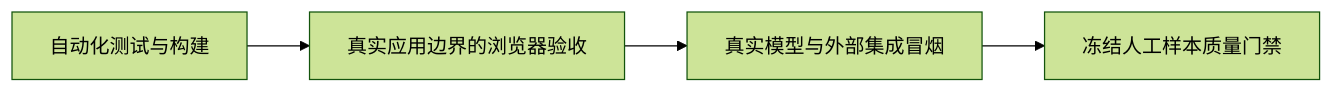
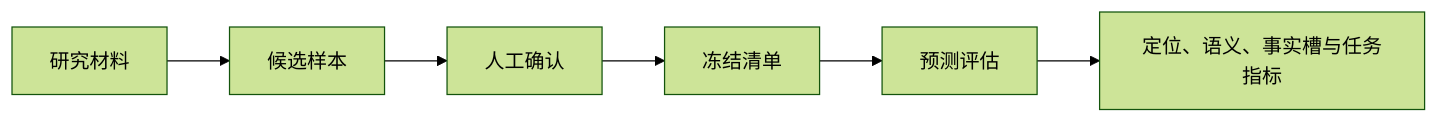
The diagram in .repo-review/knowledge/articles/c49ee764f7d9b87114cb9f53b1e33849d54b174cff3dc14809b8f77368460c79.md (lejunyang/omem), drawn with Mermaid (forest theme) before and after one commit. The commit also changed other lines of this file and 234 other files, not shown here.

````diff
--- a/.repo-review/knowledge/articles/c49ee764f7d9b87114cb9f53b1e33849d54b174cff3dc14809b8f77368460c79.md
+++ b/.repo-review/knowledge/articles/c49ee764f7d9b87114cb9f53b1e33849d54b174cff3dc14809b8f77368460c79.md
@@ -12,6 +17,8 @@
 ```mermaid
 flowchart LR
-  A[自动化测试与构建] --> B[真实应用边界的浏览器验收]
-  B --> C[真实模型与外部集成冒烟]
-  C --> D[冻结人工样本质量门禁]
+  A[研究材料] --> B[候选样本]
+  B --> C[人工确认]
+  C --> D[冻结清单]
+  D --> E[预测评估]
+  E --> F[定位、语义、事实槽与任务指标]
 ```
````
